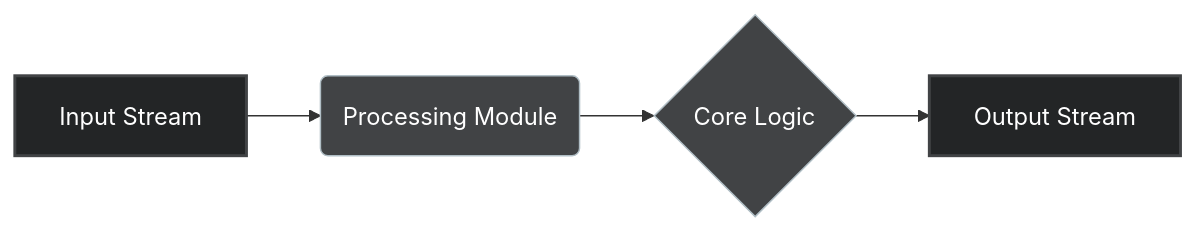
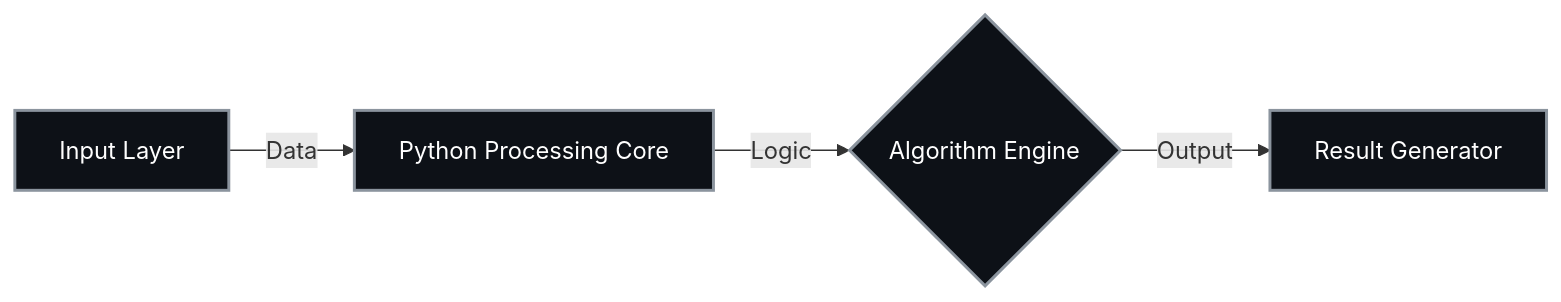
The diagram in README.md (Nytrynox/AI-Self-Evolving-Learning-Agent), drawn with Mermaid before and after one commit. The commit also changed other lines of this file, not shown here.

Commit message:
docs: Deploy analyzed project-specific README with real architecture

````diff
--- a/README.md
+++ b/README.md
@@ -31,12 +28,9 @@
 ```mermaid
 graph LR;
-    A[Input Stream] --> B(Processing Module);
-    B --> C{Core Logic};
-    C --> D[Output Stream];
+    A["Input Layer"] -->|Data| B["Python Processing Core"];
+    B -->|Logic| C{"Algorithm Engine"};
+    C -->|Output| D["Result Generator"];
     
-    classDef primary fill:#232526,stroke:#414345,stroke-width:2px,color:#fff;
-    classDef secondary fill:#414345,stroke:#b0bec5,stroke-width:1px,color:#fff;
-    
-    class A,D primary;
-    class B,C secondary;
+    classDef core fill:#0d1117,stroke:#8b949e,stroke-width:2px,color:#fff;
+    class A,B,C,D core;
 ```
````
